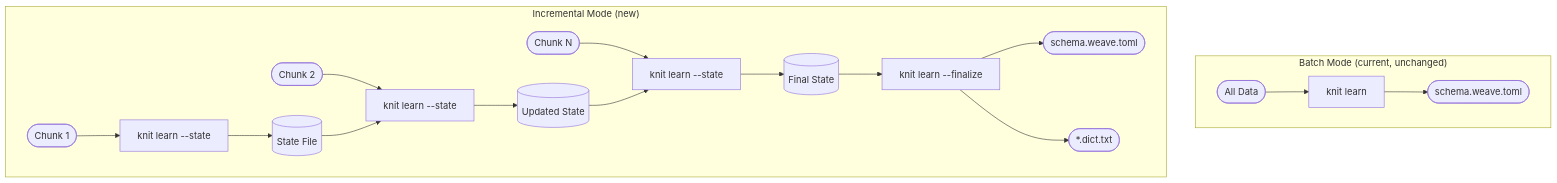
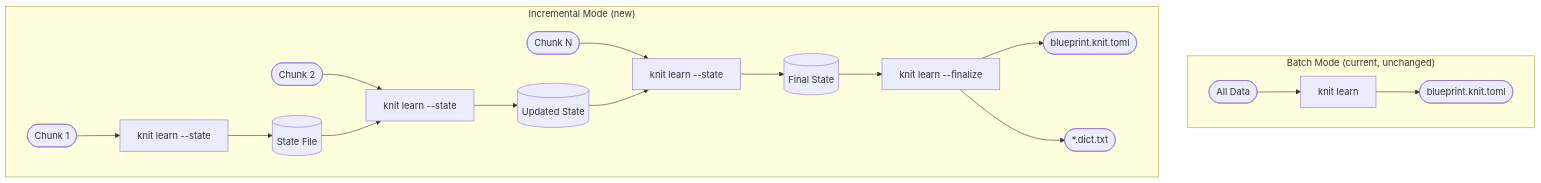
The first of 4 diagrams in docs/design-incremental-learn.md (Yaming-Hub/knit), drawn with Mermaid before and after one commit. The commit also changed other lines of this file and 99 other files, not shown here.

First line of the commit message:
refactor: rename 'schema' to 'blueprint' throughout codebase (#235)

````diff
--- a/docs/design-incremental-learn.md
+++ b/docs/design-incremental-learn.md
@@ -50,21 +50,21 @@
 ```mermaid
 flowchart TB
     subgraph batch["Batch Mode (current, unchanged)"]
         data1([All Data]) --> learn1[knit learn]
-        learn1 --> schema1([schema.weave.toml])
+        learn1 --> blueprint1([blueprint.knit.toml])
     end
 
     subgraph incremental["Incremental Mode (new)"]
         chunk1([Chunk 1]) --> update1[knit learn --state]
         update1 --> state1[(State File)]
         chunk2([Chunk 2]) --> update2[knit learn --state]
         state1 --> update2
         update2 --> state2[(Updated State)]
         chunkN([Chunk N]) --> updateN[knit learn --state]
         state2 --> updateN
         updateN --> stateN[(Final State)]
         stateN --> finalize[knit learn --finalize]
-        finalize --> schema2([schema.weave.toml])
+        finalize --> blueprint2([blueprint.knit.toml])
         finalize --> dicts([*.dict.txt])
     end
 ```
````
